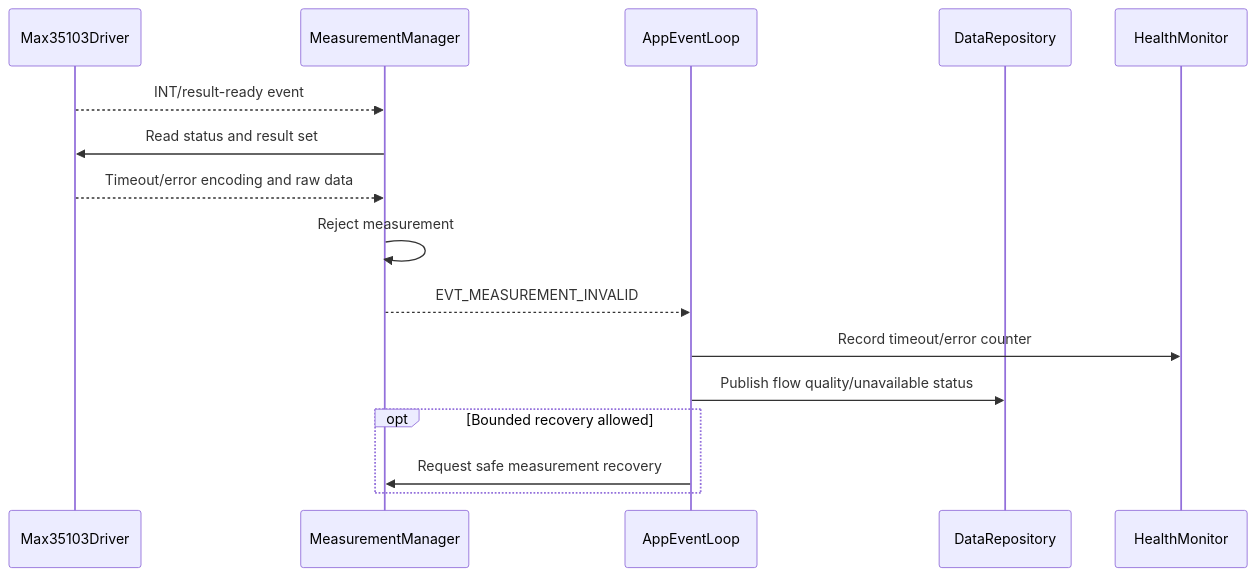
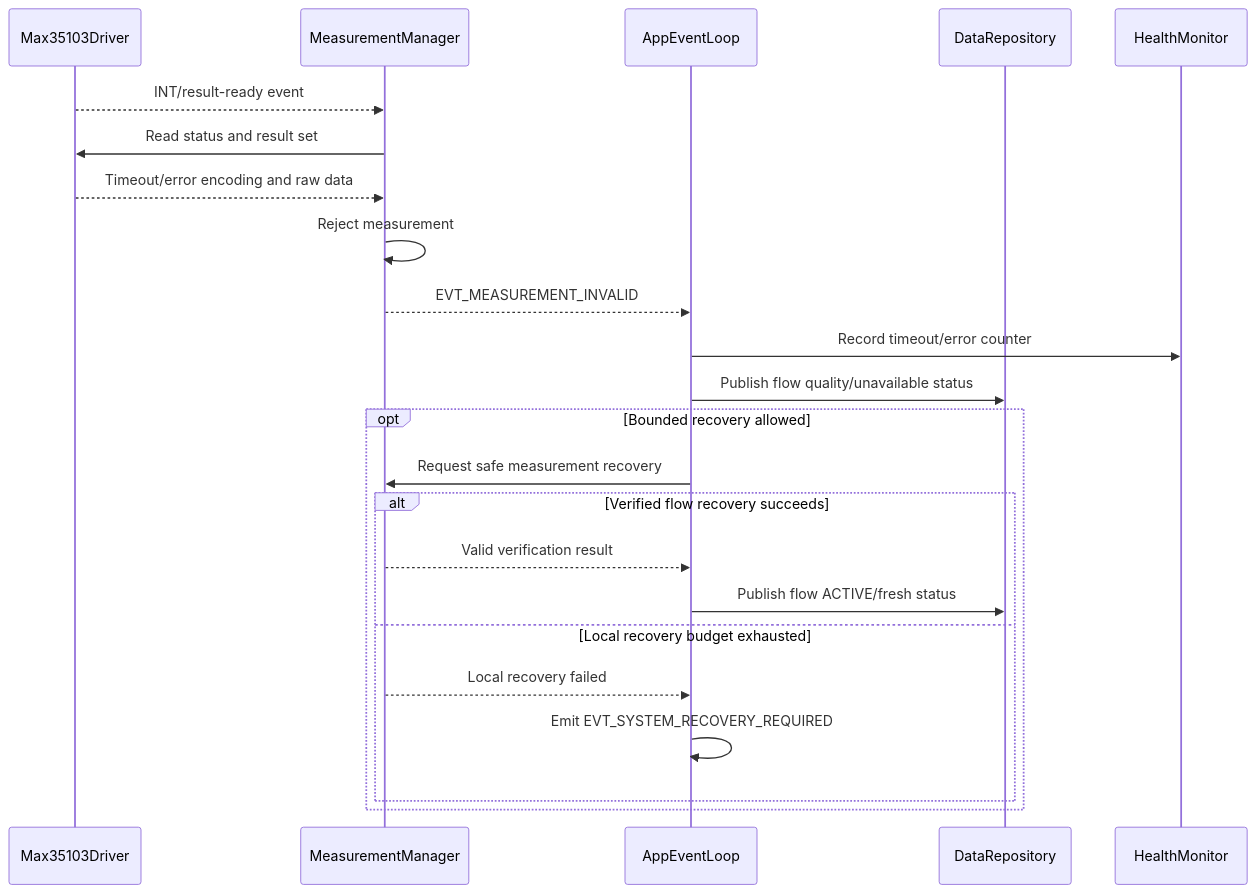
Before and after one commit to whoisLePhuc/smart-water-flow-pressure-monitor: the fourth of 27 diagrams in 1.docs/00_overview/05_sequence_diagrams.md, drawn with Mermaid. The commit also changed other lines of this file and 8 other files, not shown here.

````diff
--- a/1.docs/00_overview/05_sequence_diagrams.md
+++ b/1.docs/00_overview/05_sequence_diagrams.md
@@ -241,19 +250,26 @@
 ```mermaid
 sequenceDiagram
     participant MAX as Max35103Driver
     participant MM as MeasurementManager
     participant EL as AppEventLoop
     participant DR as DataRepository
     participant HM as HealthMonitor
 
     MAX-->>MM: INT/result-ready event
     MM->>MAX: Read status and result set
     MAX-->>MM: Timeout/error encoding and raw data
     MM->>MM: Reject measurement
     MM-->>EL: EVT_MEASUREMENT_INVALID
     EL->>HM: Record timeout/error counter
     EL->>DR: Publish flow quality/unavailable status
     opt Bounded recovery allowed
         EL->>MM: Request safe measurement recovery
+        alt Verified flow recovery succeeds
+            MM-->>EL: Valid verification result
+            EL->>DR: Publish flow ACTIVE/fresh status
+        else Local recovery budget exhausted
+            MM-->>EL: Local recovery failed
+            EL->>EL: Emit EVT_SYSTEM_RECOVERY_REQUIRED
+        end
     end
 ```
````
